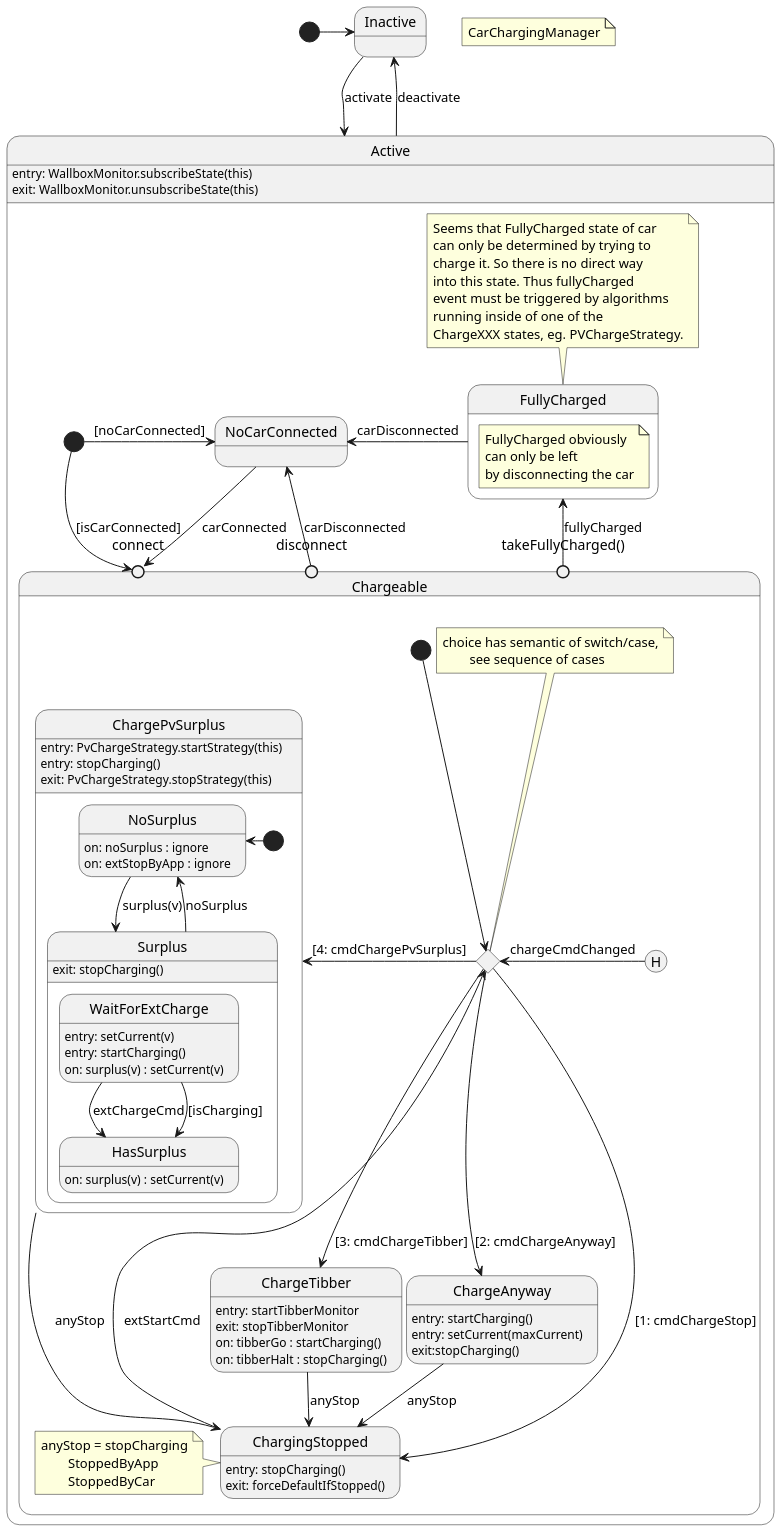
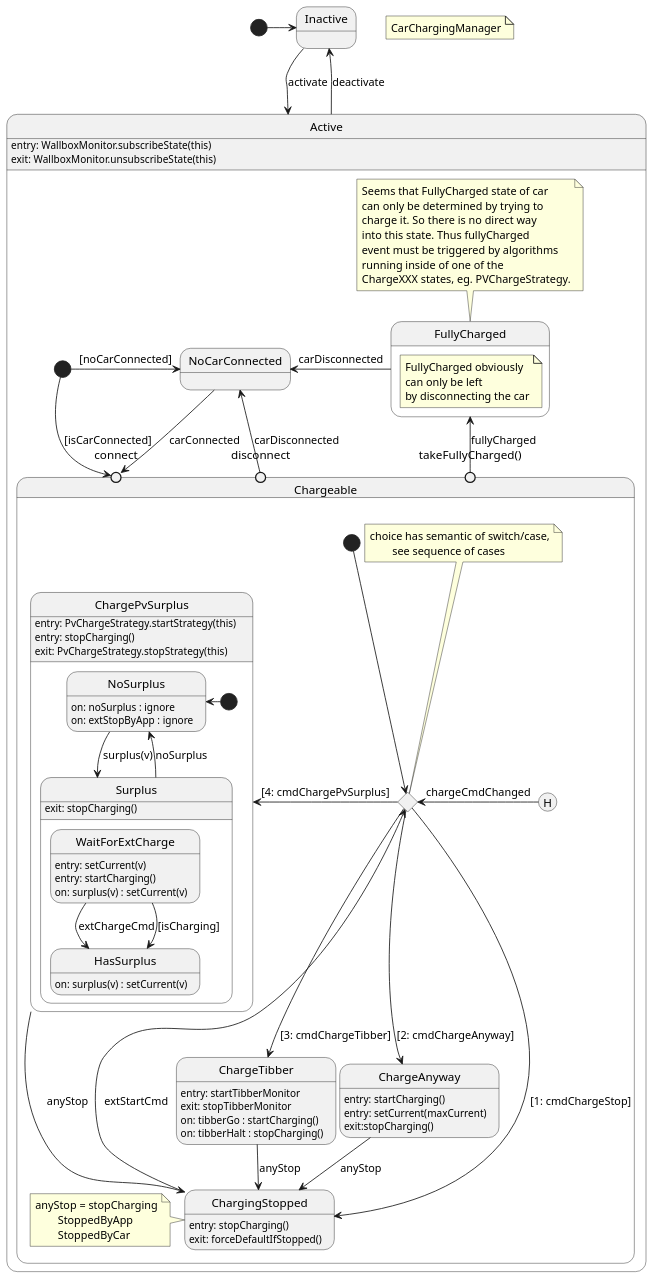
Before and after one commit to geobe/energyControl: the diagram in src/main/groovy/de/geobe/energy/automation/CarChargingManager.puml, drawn with PlantUML. The commit also changed 34 other files, not shown here.

```diff
--- a/src/main/groovy/de/geobe/energy/automation/CarChargingManager.puml
+++ b/src/main/groovy/de/geobe/energy/automation/CarChargingManager.puml
@@ -1,137 +1,137 @@
 @startuml
 'https://plantuml.com/state-diagram
 
-scale 1200 width
+scale 1000 width
 
 [*] -right-> inAct
 
 state "Inactive" as inAct
 state "Active" as act {
     act: entry: WallboxMonitor.subscribeState(this)
     act: exit: WallboxMonitor.unsubscribeState(this)
 
      [*] -r-> noCar : [noCarConnected]
 
     state "NoCarConnected" as noCar
 
 '    state "CarConnected" as carCon {
 
         state "Chargeable" as cabl {
 
         state "connect" as con  <<entryPoint>>
         state "disconnect" as dcon  <<entryPoint>>
         state "takeFullyCharged()" as fch  <<entryPoint>>
 
             state "ChargePvSurplus" as cSurplus {
               cSurplus: entry: PvChargeStrategy.startStrategy(this)
               cSurplus: entry: stopCharging()
               cSurplus: exit: PvChargeStrategy.stopStrategy(this)
     '          cSurplus: exit: stopCharging()
 
               state "Surplus" as sp {
                sp: exit: stopCharging()
 
                 state "HasSurplus" as hasPlus {
     '                hasPlus: entry: setCurrent(v)
                     hasPlus: on: surplus(v) : setCurrent(v)
                 }
 
                 state "WaitForExtCharge" as waitCh
                     waitCh: entry: setCurrent(v)
                     waitCh: entry: startCharging()
                     waitCh: on: surplus(v) : setCurrent(v)
 
             }
 
                 state "NoSurplus" as noPlus {
                   noPlus: on: noSurplus : ignore
                   noPlus: on: extStopByApp : ignore
                 }
 
             state lpstart <<start>>
 
           }
 
            state "ChargingStopped" as cStop
                cStop: entry: stopCharging()
                cStop: exit: forceDefaultIfStopped()
 
           state "ChargeTibber" as cTibber
               cTibber: entry: startTibberMonitor
               cTibber: exit: stopTibberMonitor
               cTibber: on: tibberGo : startCharging()
               cTibber: on: tibberHalt : stopCharging()
 
 
           state "ChargeAnyway" as cAnyway
               cAnyway: entry: startCharging()
               cAnyway: entry: setCurrent(maxCurrent)
               cAnyway: exit:stopCharging()
 
           state "switch" as choiceCmd <<choice>>
 
           note top of choiceCmd
             choice has semantic of switch/case,
             \tsee sequence of cases
           end note
 
           note left of cStop
               anyStop = stopCharging
               \tStoppedByApp
               \tStoppedByCar
           end note
 
           [H] -l-> choiceCmd : chargeCmdChanged
           [*] --> choiceCmd
         }
 
       state "FullyCharged" as full {
 
         note as fullNote
             FullyCharged obviously
             can only be left
             by disconnecting the car
         end note
 
       }
 
       note top of full
             Seems that FullyCharged state of car
             can only be determined by trying to
             charge it. So there is no direct way
             into this state. Thus fullyCharged
             event must be triggered by algorithms
             running inside of one of the
             ChargeXXX states, eg. PVChargeStrategy.
       end note
 
 '    }
      [*] --> con : [isCarConnected]
 
 }
 dcon -u-> noCar : carDisconnected
 full -l-> noCar : carDisconnected
 cSurplus -down-> cStop : anyStop
 fch -u-> full : fullyCharged
 cTibber -down-> cStop : anyStop
 cAnyway --> cStop : anyStop
 
 choiceCmd -l-> cSurplus : [4: cmdChargePvSurplus]
 choiceCmd --> cAnyway : [2: cmdChargeAnyway]
 choiceCmd --> cStop : [1: cmdChargeStop]
 choiceCmd --> cTibber : [3: cmdChargeTibber]
 cStop -up-> choiceCmd : extStartCmd
 
 noCar --> con : carConnected
 inAct -down-> act : activate
 act -up-> inAct : deactivate
 
 noPlus -right-> sp : surplus(v)
 waitCh -down-> hasPlus : extChargeCmd
 waitCh -down-> hasPlus : [isCharging]
 sp -u-> noPlus : noSurplus
 lpstart -left-> noPlus
 
 note "CarChargingManager" as NTop
 
 @enduml
```
